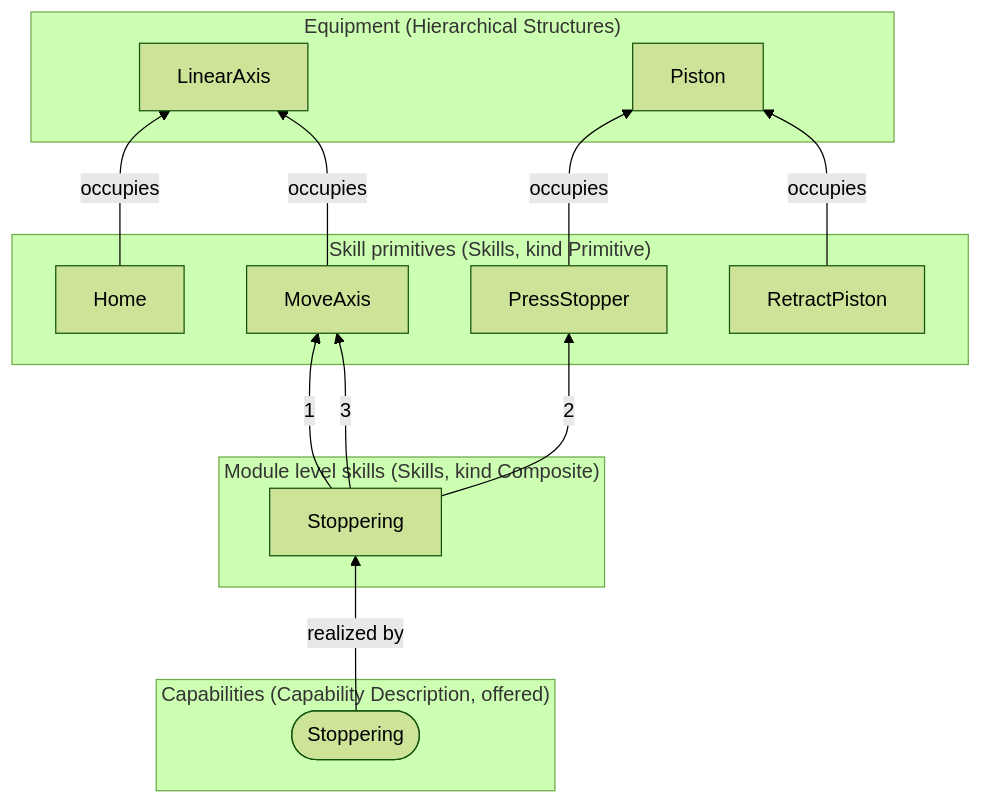
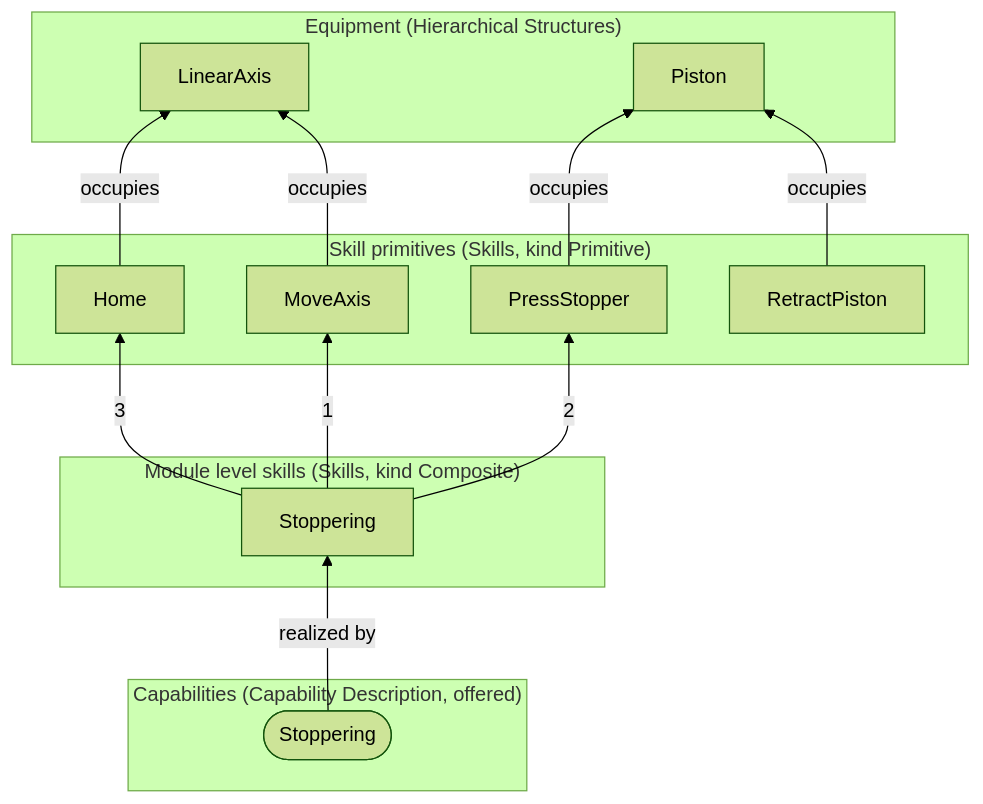
The fifth of 8 diagrams in docs/aas-examples.md (AAUSmartProductionLab/iec61499-mgmt-py), drawn with Mermaid (forest theme) before and after one commit. The commit also changed other lines of this file and 11 other files, not shown here.

````diff
--- a/docs/aas-examples.md
+++ b/docs/aas-examples.md
@@ -391,27 +391,27 @@
 ```mermaid
 flowchart BT
   subgraph EQ_StopperingModuleAAS["Equipment (Hierarchical Structures)"]
     StopperingModuleAASLinearAxis["LinearAxis"]
     StopperingModuleAASPiston["Piston"]
   end
   subgraph PR_StopperingModuleAAS["Skill primitives (Skills, kind Primitive)"]
     StopperingModuleAASHome["Home"]
     StopperingModuleAASMoveAxis["MoveAxis"]
     StopperingModuleAASPressStopper["PressStopper"]
     StopperingModuleAASRetractPiston["RetractPiston"]
   end
   subgraph CO_StopperingModuleAAS["Module level skills (Skills, kind Composite)"]
     StopperingModuleAASStoppering["Stoppering"]
   end
   subgraph CA_StopperingModuleAAS["Capabilities (Capability Description, offered)"]
     StopperingModuleAAScapStoppering(["Stoppering"])
   end
   StopperingModuleAASHome -- occupies --> StopperingModuleAASLinearAxis
   StopperingModuleAASMoveAxis -- occupies --> StopperingModuleAASLinearAxis
   StopperingModuleAASPressStopper -- occupies --> StopperingModuleAASPiston
   StopperingModuleAASRetractPiston -- occupies --> StopperingModuleAASPiston
   StopperingModuleAASStoppering -- "1" --> StopperingModuleAASMoveAxis
   StopperingModuleAASStoppering -- "2" --> StopperingModuleAASPressStopper
-  StopperingModuleAASStoppering -- "3" --> StopperingModuleAASMoveAxis
+  StopperingModuleAASStoppering -- "3" --> StopperingModuleAASHome
   StopperingModuleAAScapStoppering -- realized by --> StopperingModuleAASStoppering
 ```
````
